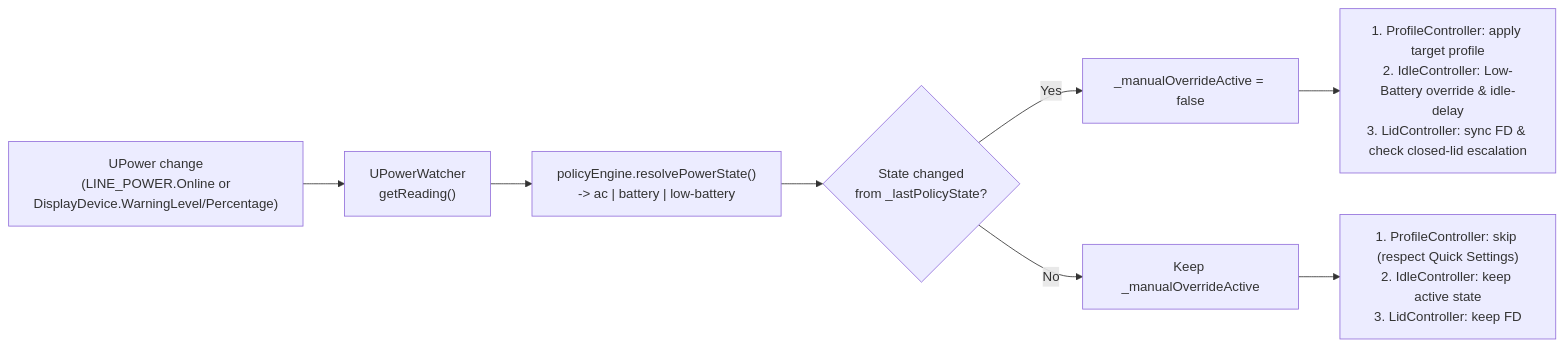
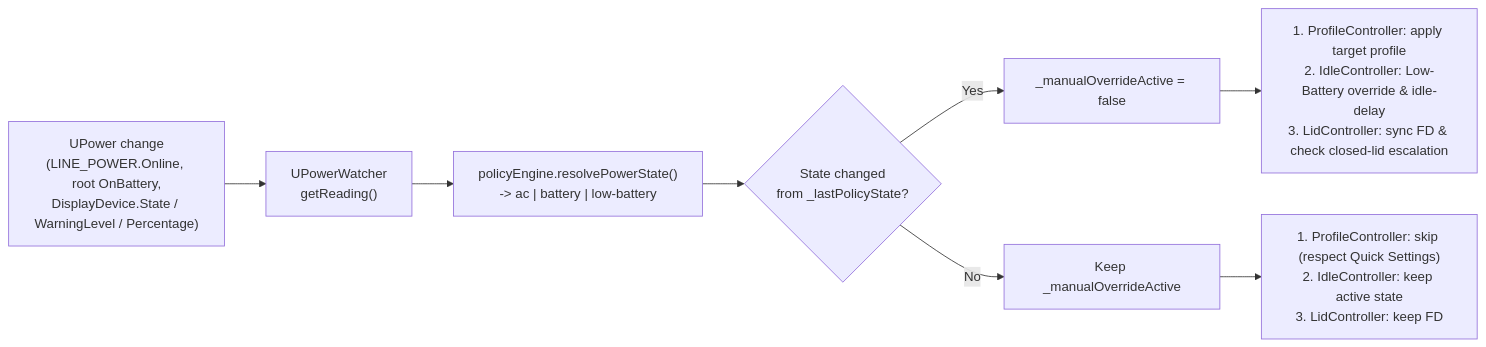
The second of 3 diagrams in docs/architecture.md (Uripeer3/gnome-power-states), drawn with Mermaid before and after one commit. The commit also changed other lines of this file and 4 other files, not shown here.

````diff
--- a/docs/architecture.md
+++ b/docs/architecture.md
@@ -55,10 +55,10 @@
 ```mermaid
 flowchart LR
-    UP["UPower change<br/>(LINE_POWER.Online or<br/>DisplayDevice.WarningLevel/Percentage)"] --> W["UPowerWatcher<br/>getReading()"]
+    UP["UPower change<br/>(LINE_POWER.Online, root OnBattery,<br/>DisplayDevice.State / WarningLevel / Percentage)"] --> W["UPowerWatcher<br/>getReading()"]
     W --> PE["policyEngine.resolvePowerState()<br/>-> ac | battery | low-battery"]
     PE --> CHG{"State changed<br/>from _lastPolicyState?"}
     CHG -- Yes --> CLR["_manualOverrideActive = false"]
     CHG -- No --> KEEP["Keep _manualOverrideActive"]
     CLR --> ACT["1. ProfileController: apply target profile<br/>2. IdleController: Low-Battery override & idle-delay<br/>3. LidController: sync FD & check closed-lid escalation"]
     KEEP --> ACT2["1. ProfileController: skip (respect Quick Settings)<br/>2. IdleController: keep active state<br/>3. LidController: keep FD"]
 ```
````
